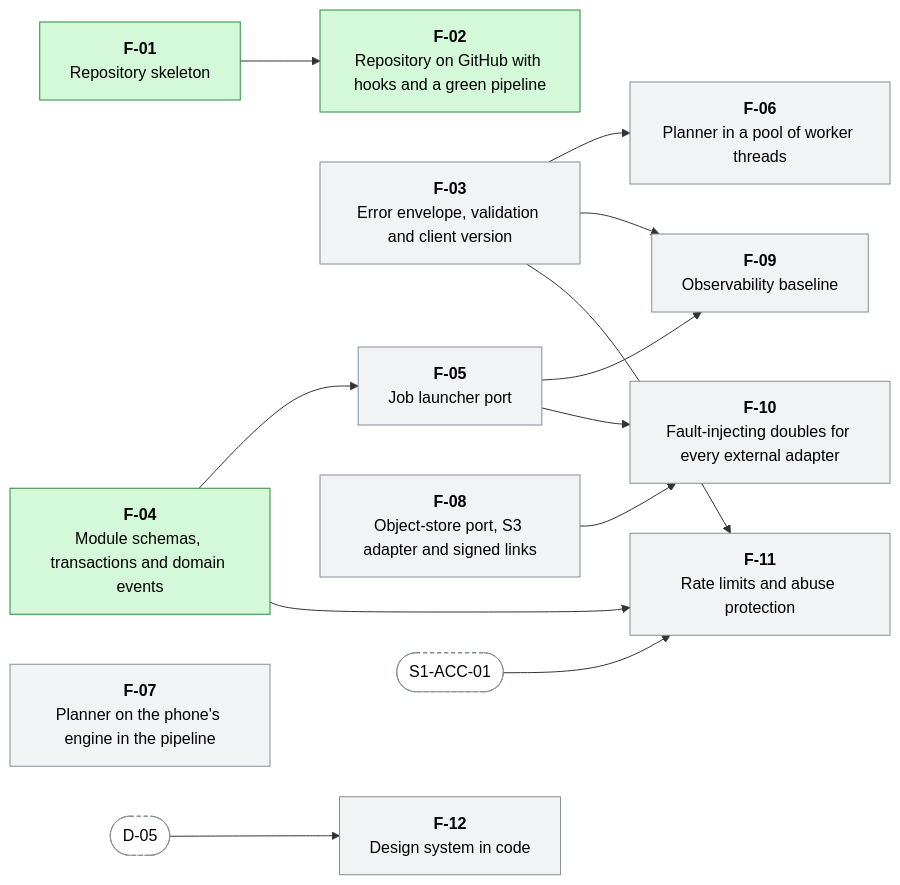
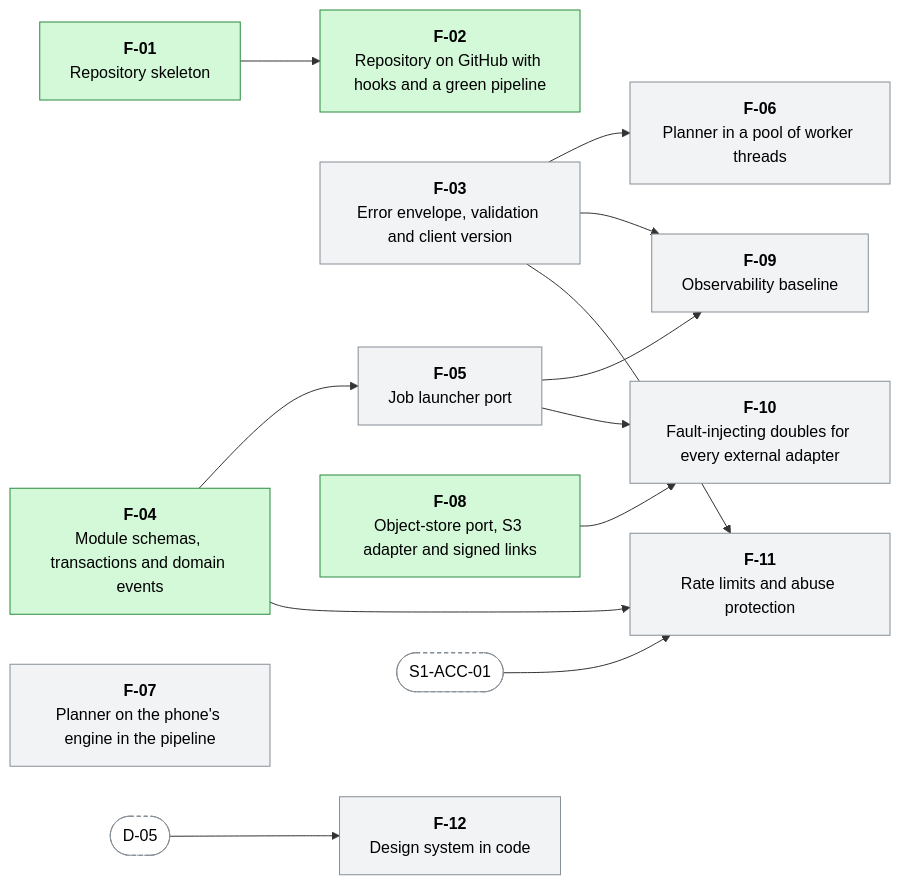
One commit to menisika/Smart-Tour-Guide-and-Itinerary-Planner changed the third of 17 diagrams in docs/WORK-PLAN.md. Above: the diagram before and after it, drawn with Mermaid. The commit also changed other lines of this file and 31 other files, not shown here.

First line of the commit message:
feat(api): add the object store port, S3 adapter and signed links (#14)

````diff
--- a/docs/WORK-PLAN.md
+++ b/docs/WORK-PLAN.md
@@ -534,33 +534,33 @@
 ```mermaid
 flowchart LR
   classDef done fill:#d3f9d8,stroke:#2b8a3e,color:#000
   classDef progress fill:#fff3bf,stroke:#e67700,color:#000
   classDef blocked fill:#ffe3e3,stroke:#c92a2a,color:#000
   classDef todo fill:#f1f3f5,stroke:#868e96,color:#000
   classDef outside fill:#ffffff,stroke:#868e96,stroke-dasharray:4 3,color:#000
   F_01["<b>F-01</b><br/>Repository skeleton"]:::done
   F_02["<b>F-02</b><br/>Repository on GitHub with hooks and a green pipeline"]:::done
   F_03["<b>F-03</b><br/>Error envelope, validation and client version"]:::todo
   F_04["<b>F-04</b><br/>Module schemas, transactions and domain events"]:::done
   F_05["<b>F-05</b><br/>Job launcher port"]:::todo
   F_06["<b>F-06</b><br/>Planner in a pool of worker threads"]:::todo
   F_07["<b>F-07</b><br/>Planner on the phone's engine in the pipeline"]:::todo
-  F_08["<b>F-08</b><br/>Object-store port, S3 adapter and signed links"]:::todo
+  F_08["<b>F-08</b><br/>Object-store port, S3 adapter and signed links"]:::done
   F_09["<b>F-09</b><br/>Observability baseline"]:::todo
   F_10["<b>F-10</b><br/>Fault-injecting doubles for every external adapter"]:::todo
   F_11["<b>F-11</b><br/>Rate limits and abuse protection"]:::todo
   F_12["<b>F-12</b><br/>Design system in code"]:::todo
   D_05(["D-05"]):::outside
   S1_ACC_01(["S1-ACC-01"]):::outside
   F_01 --> F_02
   F_04 --> F_05
   F_03 --> F_06
   F_03 --> F_09
   F_05 --> F_09
   F_08 --> F_10
   F_05 --> F_10
   F_03 --> F_11
   F_04 --> F_11
   S1_ACC_01 --> F_11
   D_05 --> F_12
 ```
````
